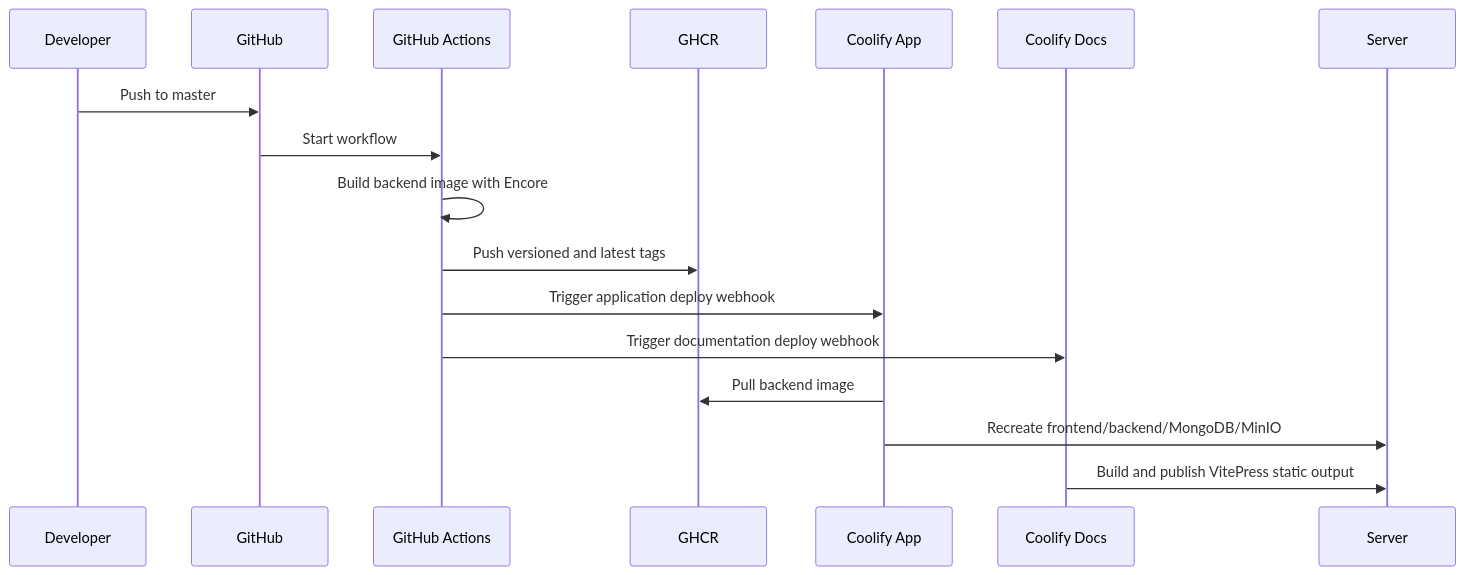
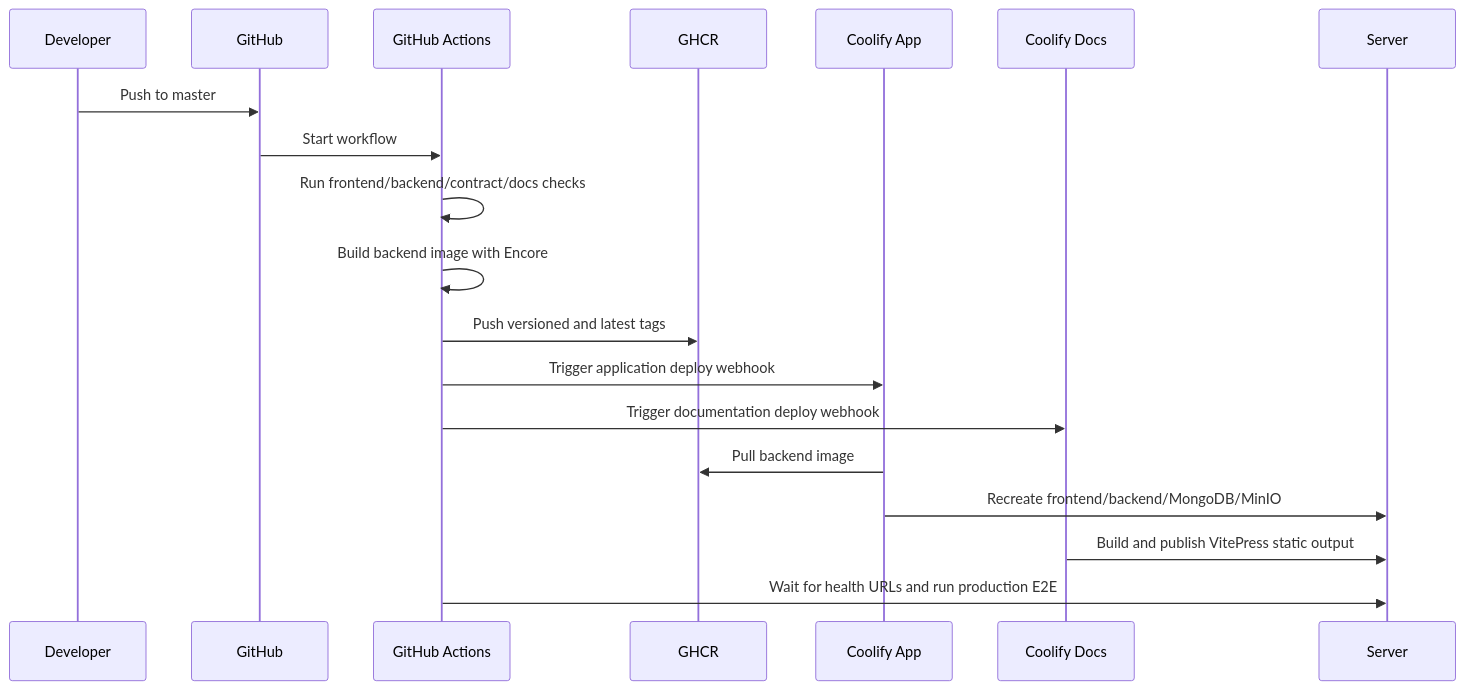
One commit to akhmetovKamil/useContent changed the third of 3 diagrams in documentation/deployment/index.md. Above: the diagram before and after it, drawn with Mermaid. The commit also changed other lines of this file and 21 other files, not shown here.

````diff
--- a/documentation/deployment/index.md
+++ b/documentation/deployment/index.md
@@ -97,20 +99,22 @@
 ```mermaid
 sequenceDiagram
     participant Dev as Developer
     participant GH as GitHub
     participant Actions as GitHub Actions
     participant Registry as GHCR
     participant Coolify as Coolify App
     participant Docs as Coolify Docs
     participant Server
 
     Dev->>GH: Push to master
     GH->>Actions: Start workflow
+    Actions->>Actions: Run frontend/backend/contract/docs checks
     Actions->>Actions: Build backend image with Encore
     Actions->>Registry: Push versioned and latest tags
     Actions->>Coolify: Trigger application deploy webhook
     Actions->>Docs: Trigger documentation deploy webhook
     Coolify->>Registry: Pull backend image
     Coolify->>Server: Recreate frontend/backend/MongoDB/MinIO
     Docs->>Server: Build and publish VitePress static output
+    Actions->>Server: Wait for health URLs and run production E2E
 ```
````
